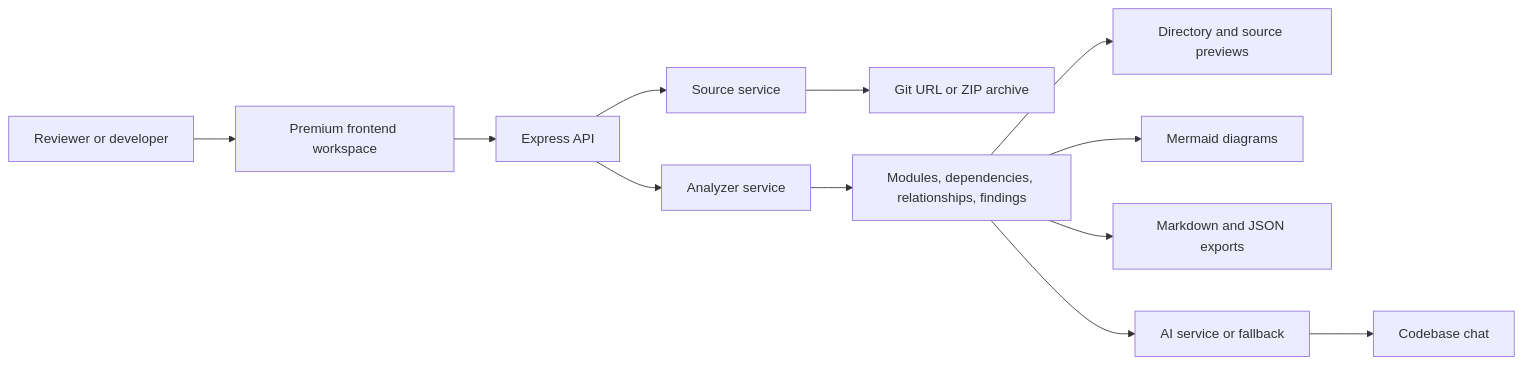
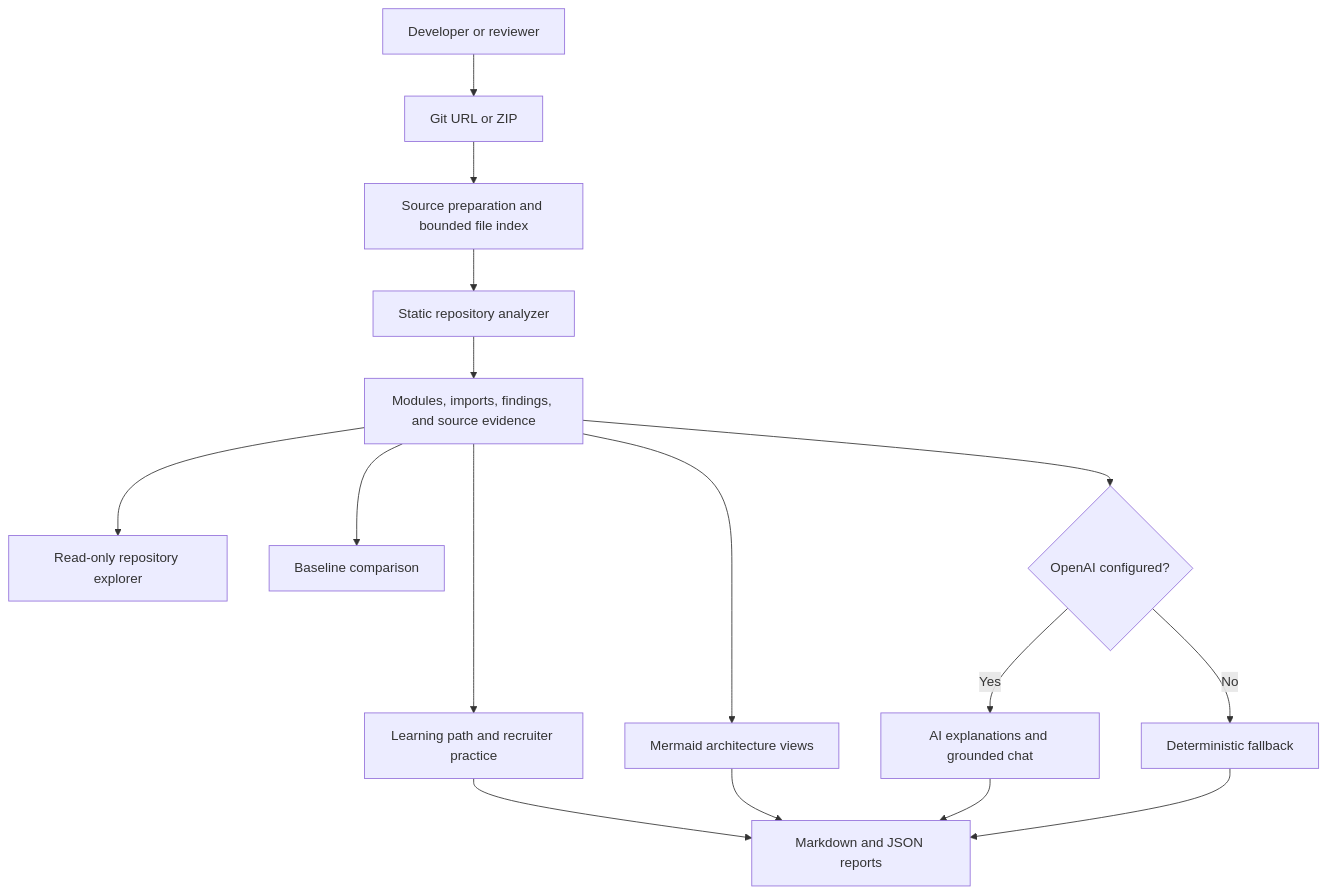
Before and after one commit to agarwalujala3-lang/LumenStack-AI: the diagram in README.md, drawn with Mermaid. The commit also changed other lines of this file and 18 other files, not shown here.

Commit message:
Add guided repository learning experience

````diff
--- a/README.md
+++ b/README.md
@@ -94,14 +115,18 @@
 ```mermaid
-flowchart LR
-  User[Reviewer or developer] --> UI[Premium frontend workspace]
-  UI --> API[Express API]
-  API --> Source[Source service]
-  Source --> Input[Git URL or ZIP archive]
-  API --> Analyzer[Analyzer service]
-  Analyzer --> Signals[Modules, dependencies, relationships, findings]
-  Signals --> Explorer[Directory and source previews]
-  Signals --> Diagrams[Mermaid diagrams]
-  Signals --> Reports[Markdown and JSON exports]
-  Signals --> AI[AI service or fallback]
-  AI --> Chat[Codebase chat]
+flowchart TD
+    User[Developer or reviewer] --> Intake[Git URL or ZIP]
+    Intake --> Source[Source preparation and bounded file index]
+    Source --> Analyzer[Static repository analyzer]
+    Analyzer --> Evidence[Modules, imports, findings, and source evidence]
+    Evidence --> Guide[Learning path and recruiter practice]
+    Evidence --> Maps[Mermaid architecture views]
+    Evidence --> Explorer[Read-only repository explorer]
+    Evidence --> Compare[Baseline comparison]
+    Evidence --> AI{OpenAI configured?}
+    AI -->|Yes| Assist[AI explanations and grounded chat]
+    AI -->|No| Fallback[Deterministic fallback]
+    Guide --> Export[Markdown and JSON reports]
+    Maps --> Export
+    Assist --> Export
+    Fallback --> Export
 ```
````
